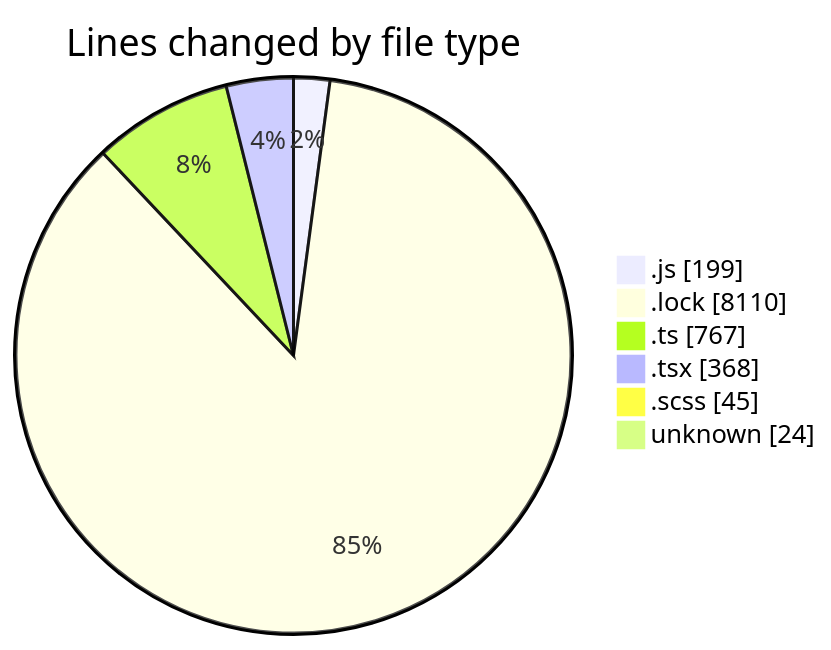
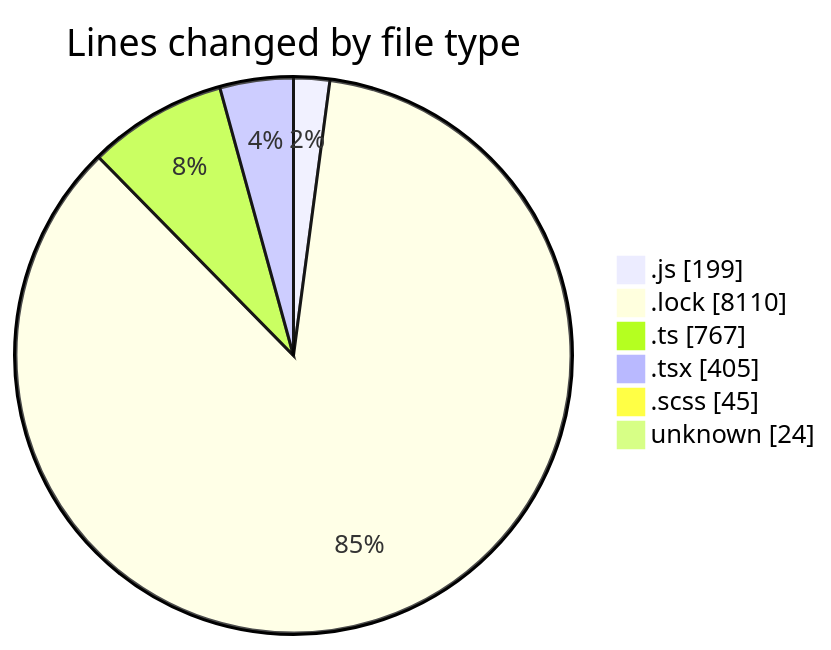
Before and after one commit to momahboobian/code-tracking: the first of 2 diagrams in 2025-02-07/cda/README.md, drawn with Mermaid. The commit also changed other lines of this file and 1 other file, not shown here.

````diff
--- a/2025-02-07/cda/README.md
+++ b/2025-02-07/cda/README.md
@@ -47,10 +47,10 @@
 ```mermaid
 pie showData
 title Lines changed by file type
 ".js" : 199
 ".lock" : 8110
 ".ts" : 767
-".tsx" : 368
+".tsx" : 405
 ".scss" : 45
 "unknown" : 24
 ```
````
